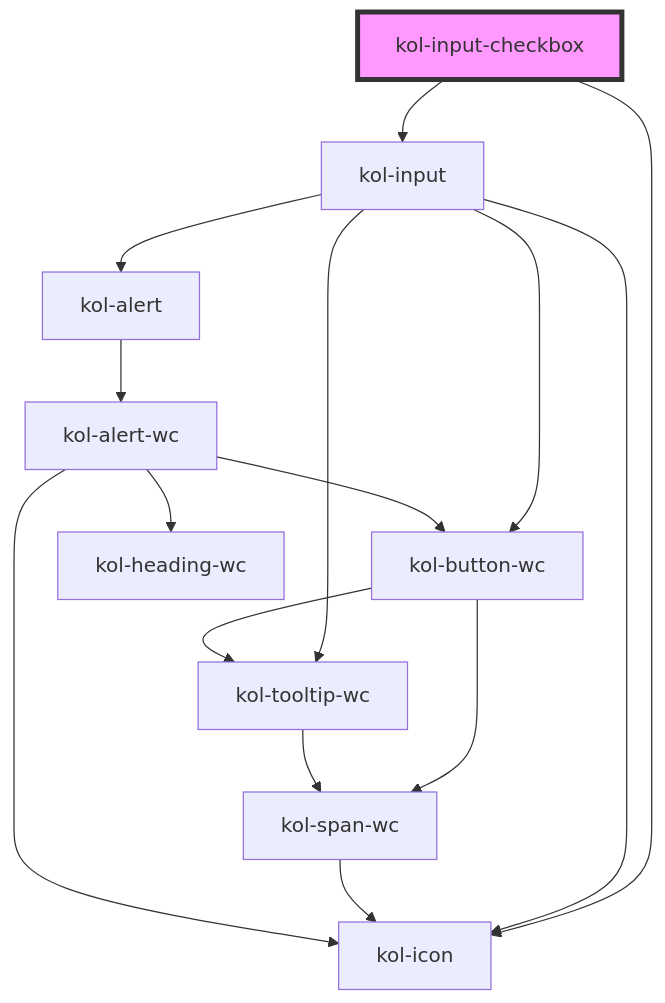
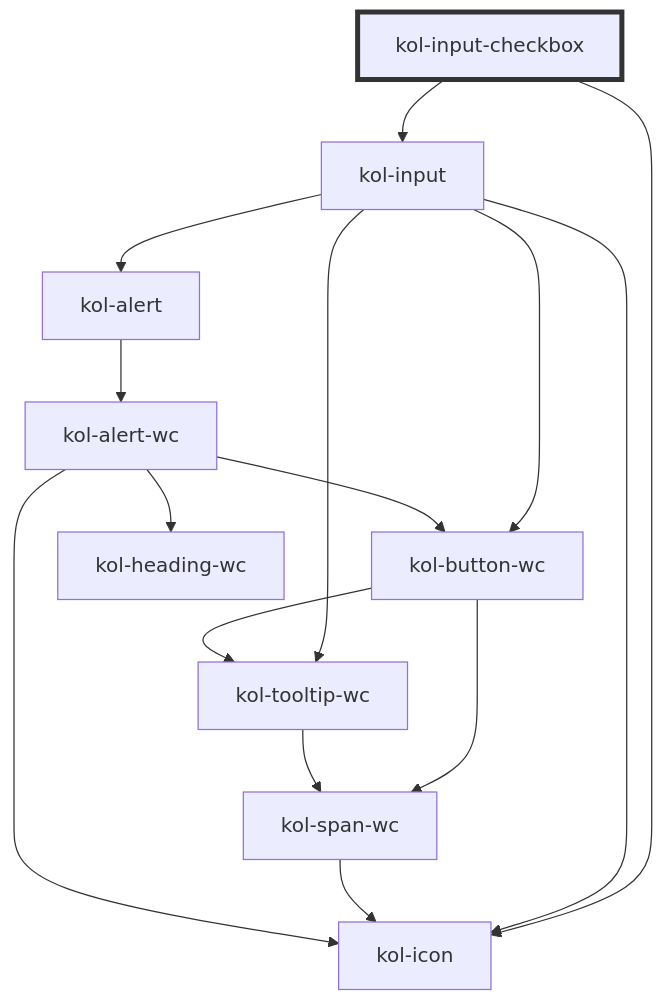
The diagram in packages/components/src/components/input-checkbox/readme.md (public-ui/kolibri), drawn with Mermaid before and after one commit. The commit also changed 40 other files, not shown here.

````diff
--- a/packages/components/src/components/input-checkbox/readme.md
+++ b/packages/components/src/components/input-checkbox/readme.md
@@ -107,18 +107,18 @@
 ```mermaid
 graph TD;
   kol-input-checkbox --> kol-input
   kol-input-checkbox --> kol-icon
   kol-input --> kol-icon
   kol-input --> kol-button-wc
   kol-input --> kol-tooltip-wc
   kol-input --> kol-alert
   kol-button-wc --> kol-span-wc
   kol-button-wc --> kol-tooltip-wc
   kol-span-wc --> kol-icon
   kol-tooltip-wc --> kol-span-wc
   kol-alert --> kol-alert-wc
   kol-alert-wc --> kol-heading-wc
   kol-alert-wc --> kol-button-wc
   kol-alert-wc --> kol-icon
-  style kol-input-checkbox fill:#f9f,stroke:#333,stroke-width:4px
+  style kol-input-checkbox stroke:#333,stroke-width:4px
 ```
````
